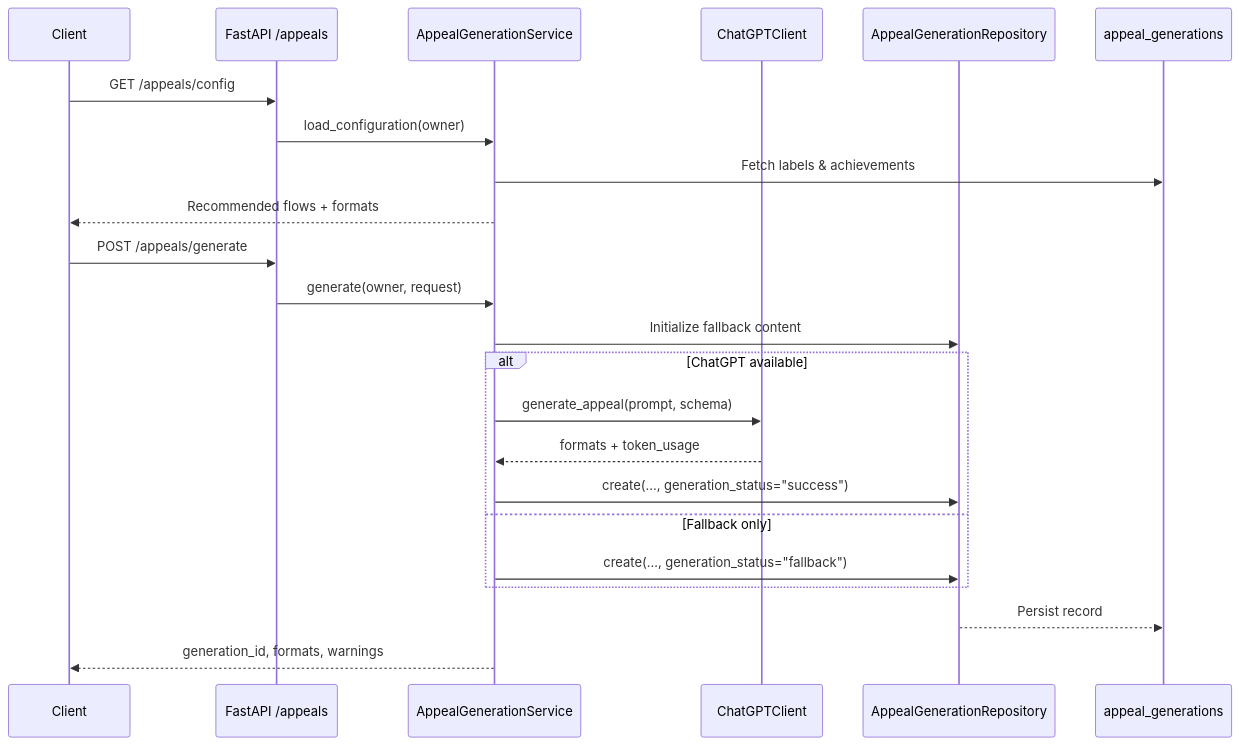
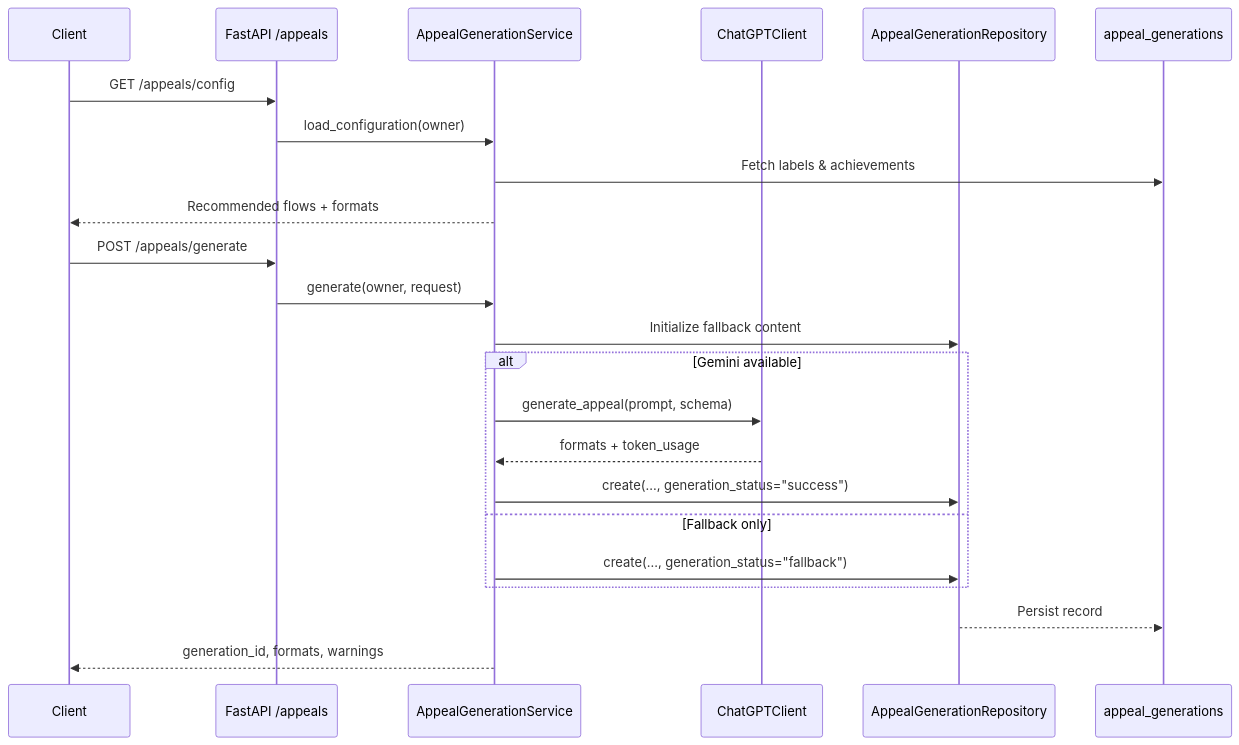
Before and after one commit to ist-h-i/todo-generator: the diagram in docs/features/appeal-generation/detail-design.md, drawn with Mermaid. The commit also changed other lines of this file and 23 other files, not shown here.

````diff
--- a/docs/features/appeal-generation/detail-design.md
+++ b/docs/features/appeal-generation/detail-design.md
@@ -7,27 +7,27 @@
 ```mermaid
 sequenceDiagram
     participant Client
     participant API as FastAPI /appeals
     participant Service as AppealGenerationService
     participant GPT as ChatGPTClient
     participant Repo as AppealGenerationRepository
     participant DB as appeal_generations
 
     Client->>API: GET /appeals/config
     API->>Service: load_configuration(owner)
     Service->>DB: Fetch labels & achievements
     Service-->>Client: Recommended flows + formats
 
     Client->>API: POST /appeals/generate
     API->>Service: generate(owner, request)
     Service->>Repo: Initialize fallback content
-    alt ChatGPT available
+    alt Gemini available
         Service->>GPT: generate_appeal(prompt, schema)
         GPT-->>Service: formats + token_usage
         Service->>Repo: create(..., generation_status="success")
     else Fallback only
         Service->>Repo: create(..., generation_status="fallback")
     end
     Repo-->>DB: Persist record
     Service-->>Client: generation_id, formats, warnings
 ```
````
